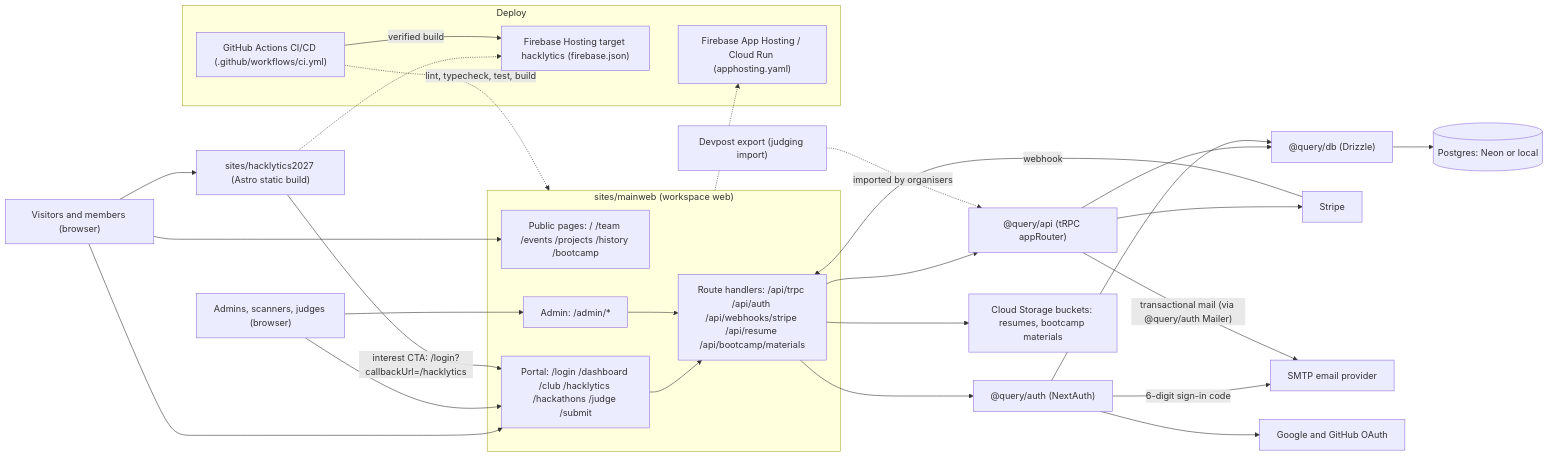
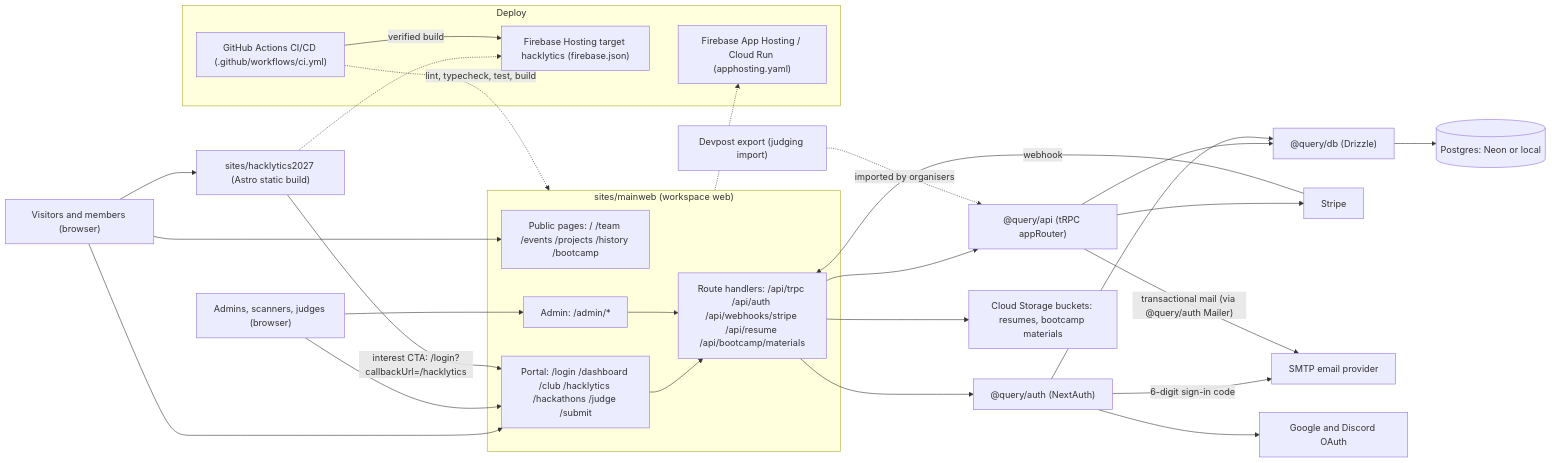
The first of 2 diagrams in README.md (DataScience-GT/query), drawn with Mermaid before and after one commit. The commit also changed other lines of this file and 11 other files, not shown here.

Commit message:
docs: Discord sign-in replaces GitHub, one login page

````diff
--- a/README.md
+++ b/README.md
@@ -37,56 +37,56 @@
 ```mermaid
 flowchart LR
   visitor["Visitors and members (browser)"]
   staff["Admins, scanners, judges (browser)"]
 
   subgraph web["sites/mainweb (workspace web)"]
     pub["Public pages: / /team /events /projects /history /bootcamp"]
     portal["Portal: /login /dashboard /club /hacklytics /hackathons /judge /submit"]
     admin["Admin: /admin/*"]
     routes["Route handlers: /api/trpc /api/auth /api/webhooks/stripe /api/resume /api/bootcamp/materials"]
   end
 
   hack["sites/hacklytics2027 (Astro static build)"]
   api["@query/api (tRPC appRouter)"]
   auth["@query/auth (NextAuth)"]
   db["@query/db (Drizzle)"]
   pg[("Postgres: Neon or local")]
 
   stripe["Stripe"]
   smtp["SMTP email provider"]
   gcs["Cloud Storage buckets: resumes, bootcamp materials"]
-  oauth["Google and GitHub OAuth"]
+  oauth["Google and Discord OAuth"]
   devpost["Devpost export (judging import)"]
 
   visitor --> pub
   visitor --> portal
   visitor --> hack
   staff --> admin
   staff --> portal
   hack -->|"interest CTA: /login?callbackUrl=/hacklytics"| portal
   portal --> routes
   admin --> routes
   routes --> api
   routes --> auth
   api --> db
   auth --> db
   db --> pg
   auth --> oauth
   auth -->|"6-digit sign-in code"| smtp
   api -->|"transactional mail (via @query/auth Mailer)"| smtp
   routes --> gcs
   stripe -->|"webhook"| routes
   api --> stripe
   devpost -.->|"imported by organisers"| api
 
   subgraph deploy["Deploy"]
     ah["Firebase App Hosting / Cloud Run (apphosting.yaml)"]
     fh["Firebase Hosting target hacklytics (firebase.json)"]
     ci["GitHub Actions CI/CD (.github/workflows/ci.yml)"]
   end
 
   web -.-> ah
   hack -.-> fh
   ci -->|"verified build"| fh
   ci -.->|"lint, typecheck, test, build"| web
 ```
````
